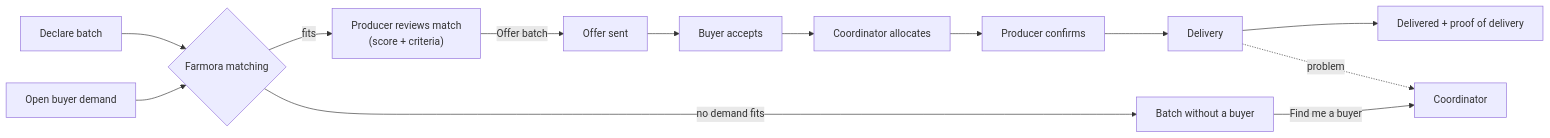
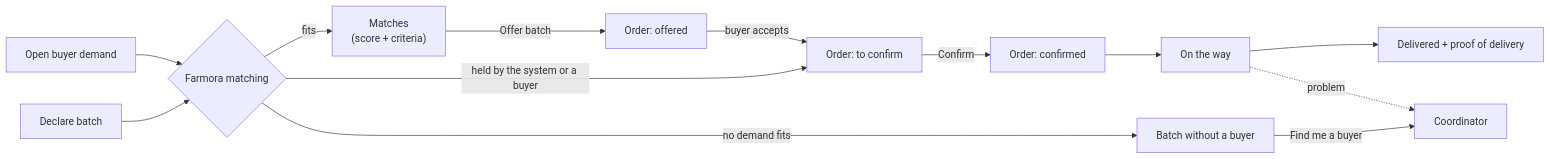
The first of 6 diagrams in docs/producer/README.md (DACN-Manifest-NongNh-p/agri-supply-demand-platform), drawn with Mermaid before and after one commit. The commit also changed other lines of this file and 97 other files, not shown here.

````diff
--- a/docs/producer/README.md
+++ b/docs/producer/README.md
@@ -23,15 +25,15 @@
 ```mermaid
 flowchart LR
     Declare["Declare batch"] --> Match{"Farmora matching"}
     Demand["Open buyer demand"] --> Match
-    Match -- "fits" --> Review["Producer reviews match<br/>(score + criteria)"]
+    Match -- "fits" --> Review["Matches<br/>(score + criteria)"]
     Match -- "no demand fits" --> Unsold["Batch without a buyer"]
     Unsold -- "Find me a buyer" --> Coord["Coordinator"]
-    Review -- "Offer batch" --> Offer["Offer sent"]
-    Offer --> Accept["Buyer accepts"]
-    Accept --> Allocate["Coordinator allocates"]
-    Allocate --> Confirm["Producer confirms"]
-    Confirm --> Ship["Delivery"]
+    Match -- "held by the system or a buyer" --> ToConfirm["Order: to confirm"]
+    Review -- "Offer batch" --> Offered["Order: offered"]
+    Offered -- "buyer accepts" --> ToConfirm
+    ToConfirm -- "Confirm" --> Confirmed["Order: confirmed"]
+    Confirmed --> Ship["On the way"]
     Ship --> Done["Delivered + proof of delivery"]
     Ship -. "problem" .-> Coord
 ```
````
